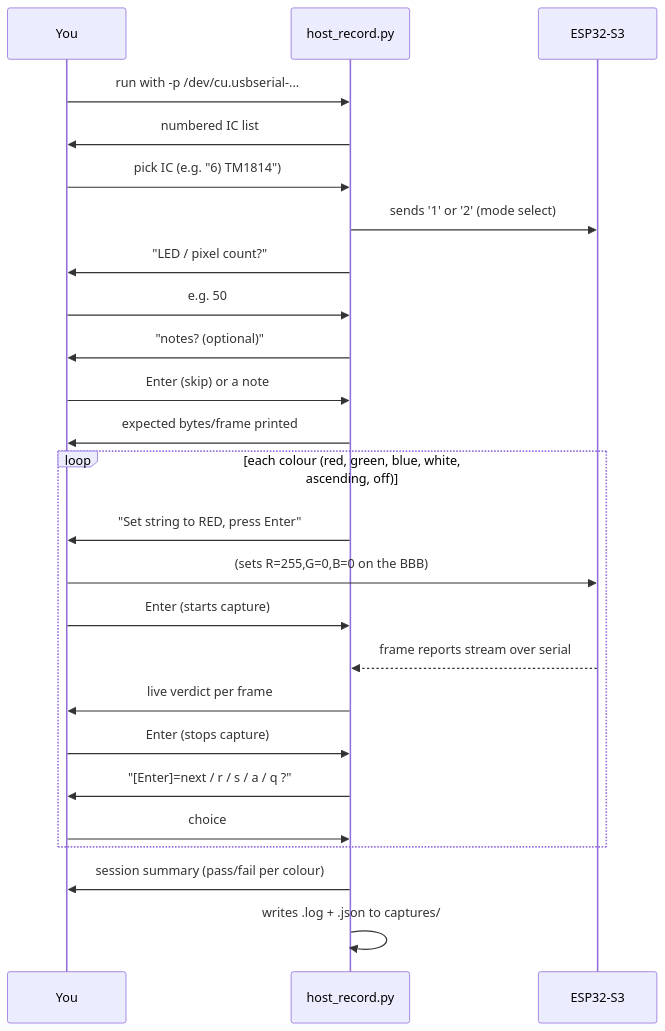
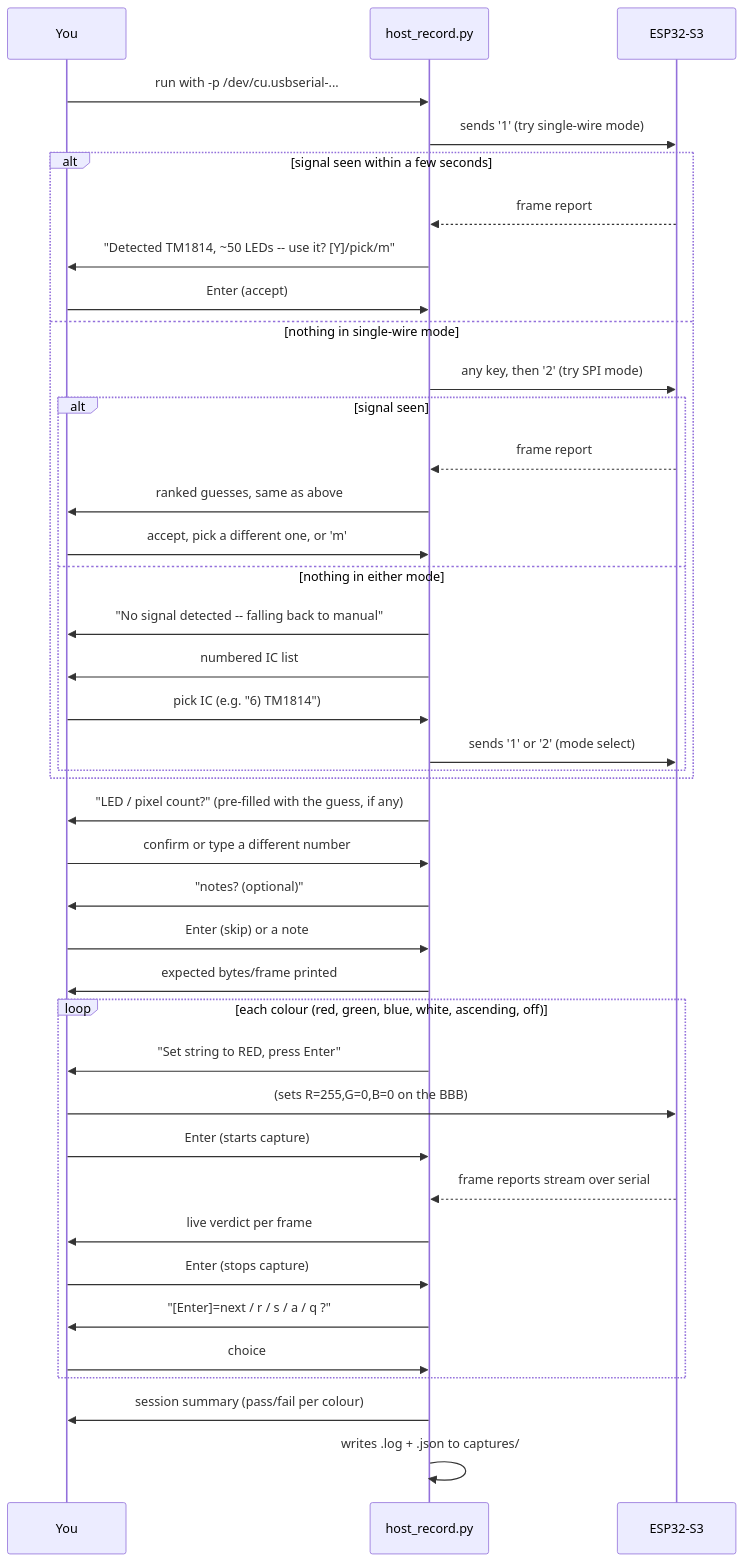
The fourth of 4 diagrams in README.md (joeskolengaden/esp32-led-analyzer), drawn with Mermaid before and after one commit. The commit also changed other lines of this file and 2 other files, not shown here.

First line of the commit message:
Add auto-detect: guess IC + LED count from the incoming signal

````diff
--- a/README.md
+++ b/README.md
@@ -209,30 +225,45 @@
 ```mermaid
 sequenceDiagram
     participant You
     participant Tool as host_record.py
     participant ESP as ESP32-S3
 
     You->>Tool: run with -p /dev/cu.usbserial-...
-    Tool->>You: numbered IC list
-    You->>Tool: pick IC (e.g. "6) TM1814")
-    Tool->>ESP: sends '1' or '2' (mode select)
-    Tool->>You: "LED / pixel count?"
-    You->>Tool: e.g. 50
+    Tool->>ESP: sends '1' (try single-wire mode)
+    alt signal seen within a few seconds
+        ESP-->>Tool: frame report
+        Tool->>You: "Detected TM1814, ~50 LEDs -- use it? [Y]/pick/m"
+        You->>Tool: Enter (accept)
+    else nothing in single-wire mode
+        Tool->>ESP: any key, then '2' (try SPI mode)
+        alt signal seen
+            ESP-->>Tool: frame report
+            Tool->>You: ranked guesses, same as above
+            You->>Tool: accept, pick a different one, or 'm'
+        else nothing in either mode
+            Tool->>You: "No signal detected -- falling back to manual"
+            Tool->>You: numbered IC list
+            You->>Tool: pick IC (e.g. "6) TM1814")
+            Tool->>ESP: sends '1' or '2' (mode select)
+        end
+    end
+    Tool->>You: "LED / pixel count?" (pre-filled with the guess, if any)
+    You->>Tool: confirm or type a different number
     Tool->>You: "notes? (optional)"
     You->>Tool: Enter (skip) or a note
     Tool->>You: expected bytes/frame printed
 
     loop each colour (red, green, blue, white, ascending, off)
         Tool->>You: "Set string to RED, press Enter"
         You->>ESP: (sets R=255,G=0,B=0 on the BBB)
         You->>Tool: Enter (starts capture)
         ESP-->>Tool: frame reports stream over serial
         Tool->>You: live verdict per frame
         You->>Tool: Enter (stops capture)
         Tool->>You: "[Enter]=next / r / s / a / q ?"
         You->>Tool: choice
     end
 
     Tool->>You: session summary (pass/fail per colour)
     Tool->>Tool: writes .log + .json to captures/
 ```
````
